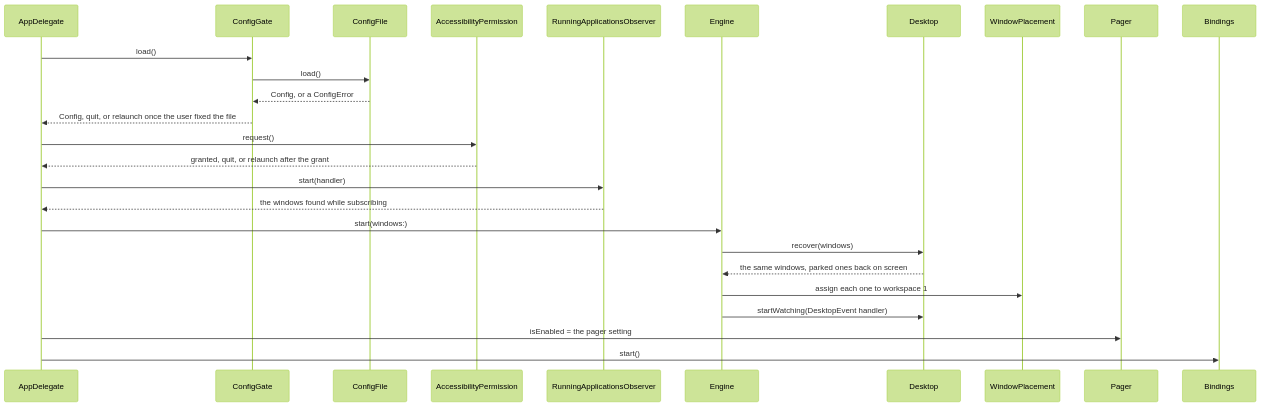
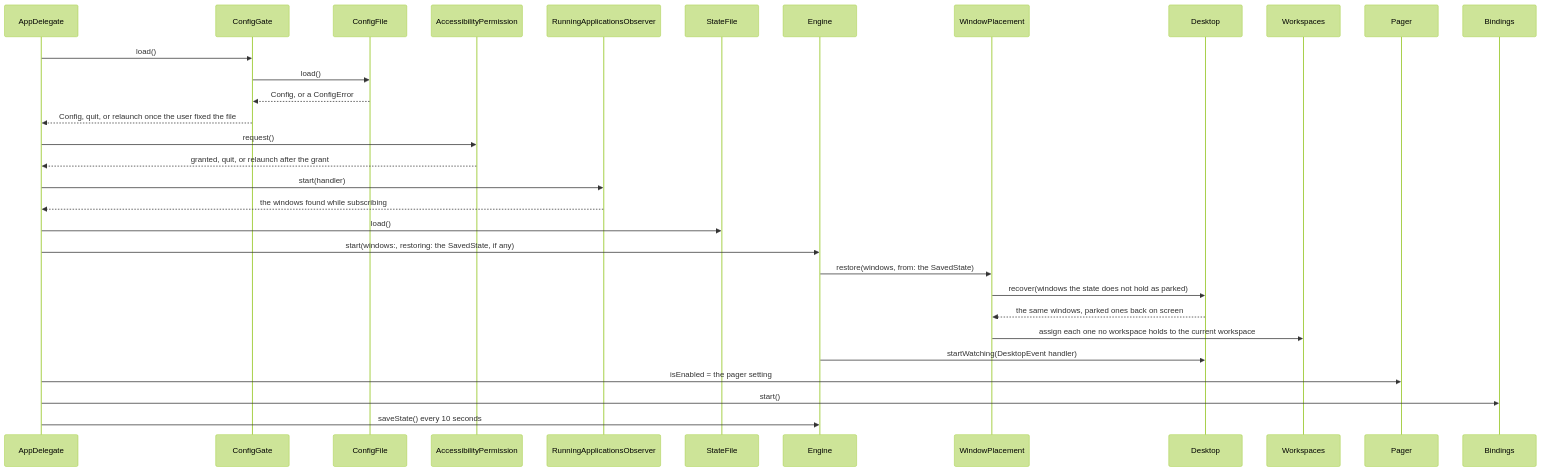
The seventh of 20 diagrams in ARCHITECTURE.md (brennovich/ottowm), drawn with Mermaid (forest theme) before and after one commit. The commit also changed other lines of this file and 27 other files, not shown here.

First line of the commit message:
Restore workspaces from a state file at launch

````diff
--- a/ARCHITECTURE.md
+++ b/ARCHITECTURE.md
@@ -230,18 +236,21 @@
 ```mermaid
 sequenceDiagram
     AppDelegate->>ConfigGate: load()
     ConfigGate->>ConfigFile: load()
     ConfigFile-->>ConfigGate: Config, or a ConfigError
     ConfigGate-->>AppDelegate: Config, quit, or relaunch once the user fixed the file
     AppDelegate->>AccessibilityPermission: request()
     AccessibilityPermission-->>AppDelegate: granted, quit, or relaunch after the grant
     AppDelegate->>RunningApplicationsObserver: start(handler)
     RunningApplicationsObserver-->>AppDelegate: the windows found while subscribing
-    AppDelegate->>Engine: start(windows:)
-    Engine->>Desktop: recover(windows)
-    Desktop-->>Engine: the same windows, parked ones back on screen
-    Engine->>WindowPlacement: assign each one to workspace 1
+    AppDelegate->>StateFile: load()
+    AppDelegate->>Engine: start(windows:, restoring: the SavedState, if any)
+    Engine->>WindowPlacement: restore(windows, from: the SavedState)
+    WindowPlacement->>Desktop: recover(windows the state does not hold as parked)
+    Desktop-->>WindowPlacement: the same windows, parked ones back on screen
+    WindowPlacement->>Workspaces: assign each one no workspace holds to the current workspace
     Engine->>Desktop: startWatching(DesktopEvent handler)
     AppDelegate->>Pager: isEnabled = the pager setting
     AppDelegate->>Bindings: start()
+    AppDelegate->>Engine: saveState() every 10 seconds
 ```
````
